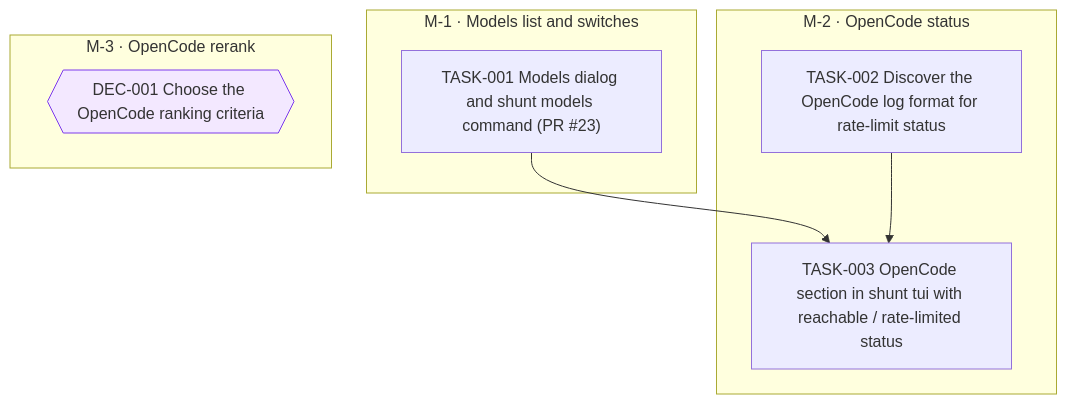
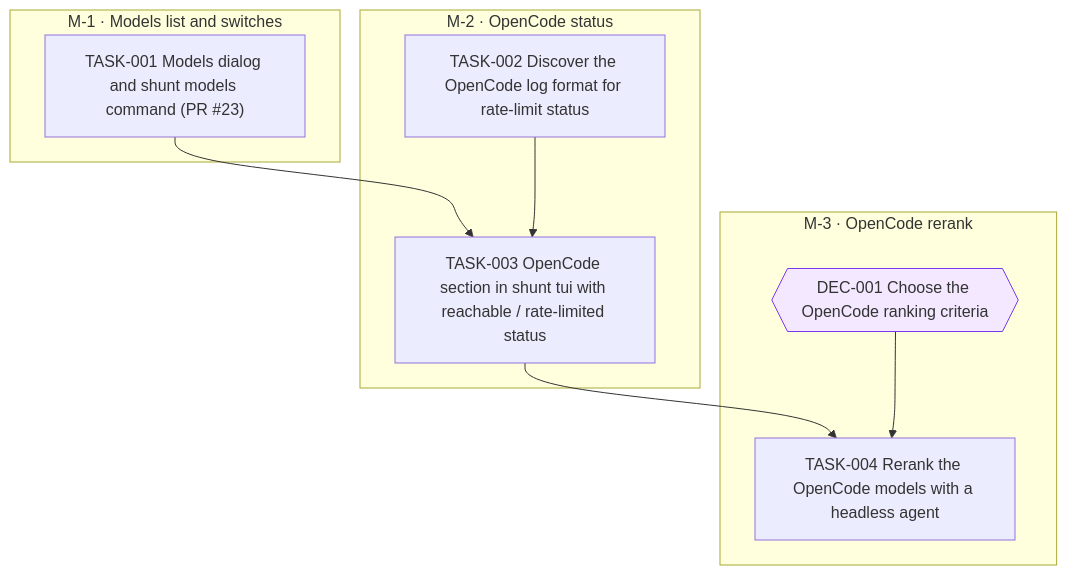
The diagram in goals/model-filter/README.md (jesusvillota/shunt), drawn with Mermaid before and after one commit. The commit also changed 1 other file, not shown here.

Commit message:
goal(model-filter): add TASK-004 Rerank the OpenCode models with a headless agent

````diff
--- a/goals/model-filter/README.md
+++ b/goals/model-filter/README.md
@@ -47,19 +47,22 @@
 ```mermaid
 flowchart TD
   subgraph M_1["M-1 · Models list and switches"]
     TASK_001["TASK-001 Models dialog and shunt models command (PR #23)"]
   end
   subgraph M_2["M-2 · OpenCode status"]
     TASK_002["TASK-002 Discover the OpenCode log format for rate-limit status"]
     TASK_003["TASK-003 OpenCode section in shunt tui with reachable / rate-limited status"]
   end
   subgraph M_3["M-3 · OpenCode rerank"]
     DEC_001{{"DEC-001 Choose the OpenCode ranking criteria"}}
+    TASK_004["TASK-004 Rerank the OpenCode models with a headless agent"]
   end
   TASK_001 --> TASK_003
   TASK_002 --> TASK_003
+  TASK_003 --> TASK_004
+  DEC_001 --> TASK_004
   classDef draft stroke-dasharray: 4 3
   classDef cancelled opacity:0.45
   classDef decision fill:#f3e8ff,stroke:#7c3aed
   class DEC_001 decision
 ```
````
